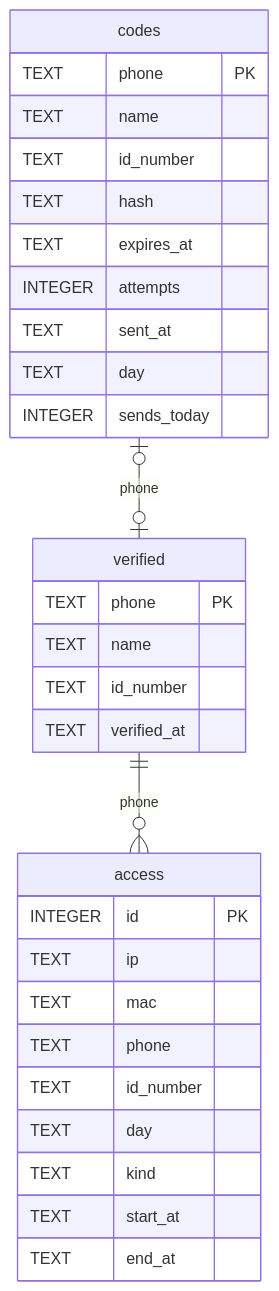
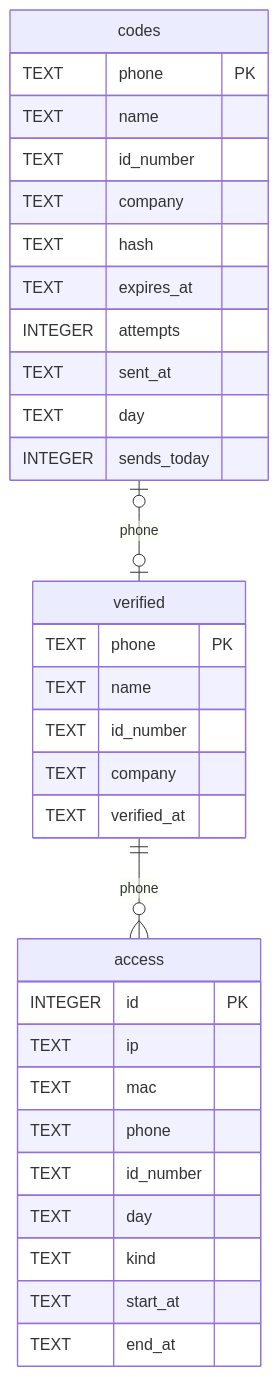
The diagram in docs/reference/database/esquema.md (TipoTramquilo/byteservices-portal), drawn with Mermaid before and after one commit. The commit also changed other lines of this file and 11 other files, not shown here.

````diff
--- a/docs/reference/database/esquema.md
+++ b/docs/reference/database/esquema.md
@@ -8,33 +8,35 @@
 ```mermaid
 erDiagram
     verified ||--o{ access : "phone"
     codes |o--o| verified : "phone"
     verified {
         TEXT phone PK
         TEXT name
         TEXT id_number
+        TEXT company
         TEXT verified_at
     }
     codes {
         TEXT phone PK
         TEXT name
         TEXT id_number
+        TEXT company
         TEXT hash
         TEXT expires_at
         INTEGER attempts
         TEXT sent_at
         TEXT day
         INTEGER sends_today
     }
     access {
         INTEGER id PK
         TEXT ip
         TEXT mac
         TEXT phone
         TEXT id_number
         TEXT day
         TEXT kind
         TEXT start_at
         TEXT end_at
     }
 ```
````
